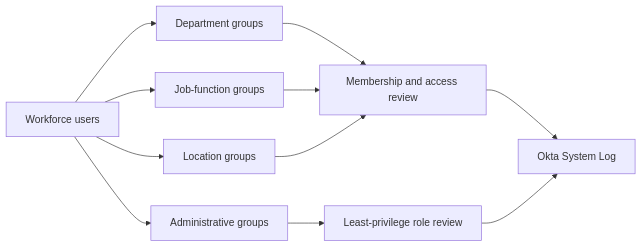
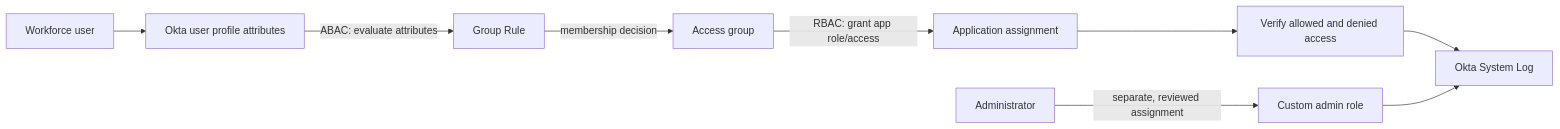
Before and after one commit to Rayan-Muktar/techmigos-enterprise-iam-lab: the diagram in projects/01-organization-group-architecture/README.md, drawn with Mermaid. The commit also changed other lines of this file, not shown here.

Commit message:
Document RBAC and ABAC validation for Okta project

````diff
--- a/projects/01-organization-group-architecture/README.md
+++ b/projects/01-organization-group-architecture/README.md
@@ -17,13 +15,11 @@
 ```mermaid
 flowchart LR
-    U["Workforce users"] --> D["Department groups"]
-    U --> F["Job-function groups"]
-    U --> L["Location groups"]
-    U --> A["Administrative groups"]
-    D --> M["Membership and access review"]
-    F --> M
-    L --> M
-    A --> R["Least-privilege role review"]
-    M --> S["Okta System Log"]
-    R --> S
+    U["Workforce user"] --> P["Okta user profile attributes"]
+    P -->|ABAC: evaluate attributes| G["Group Rule"]
+    G -->|membership decision| R["Access group"]
+    R -->|RBAC: grant app role/access| A["Application assignment"]
+    A --> V["Verify allowed and denied access"]
+    V --> L["Okta System Log"]
+    X["Administrator"] -->|separate, reviewed assignment| C["Custom admin role"]
+    C --> L
 ```
````
